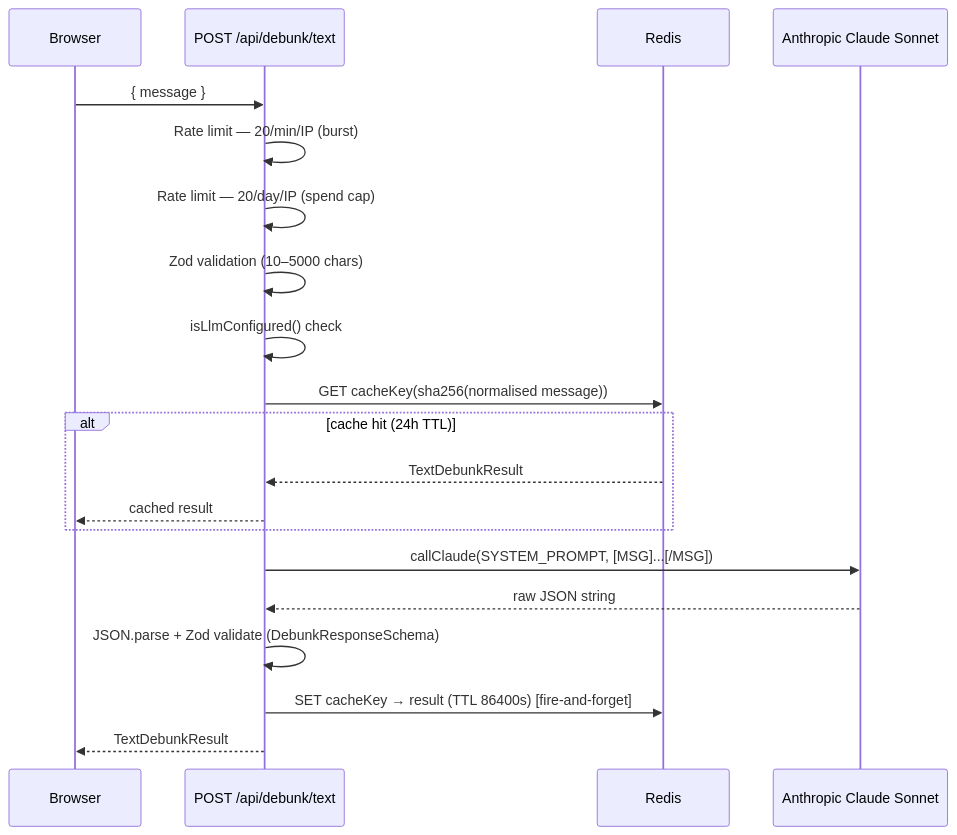
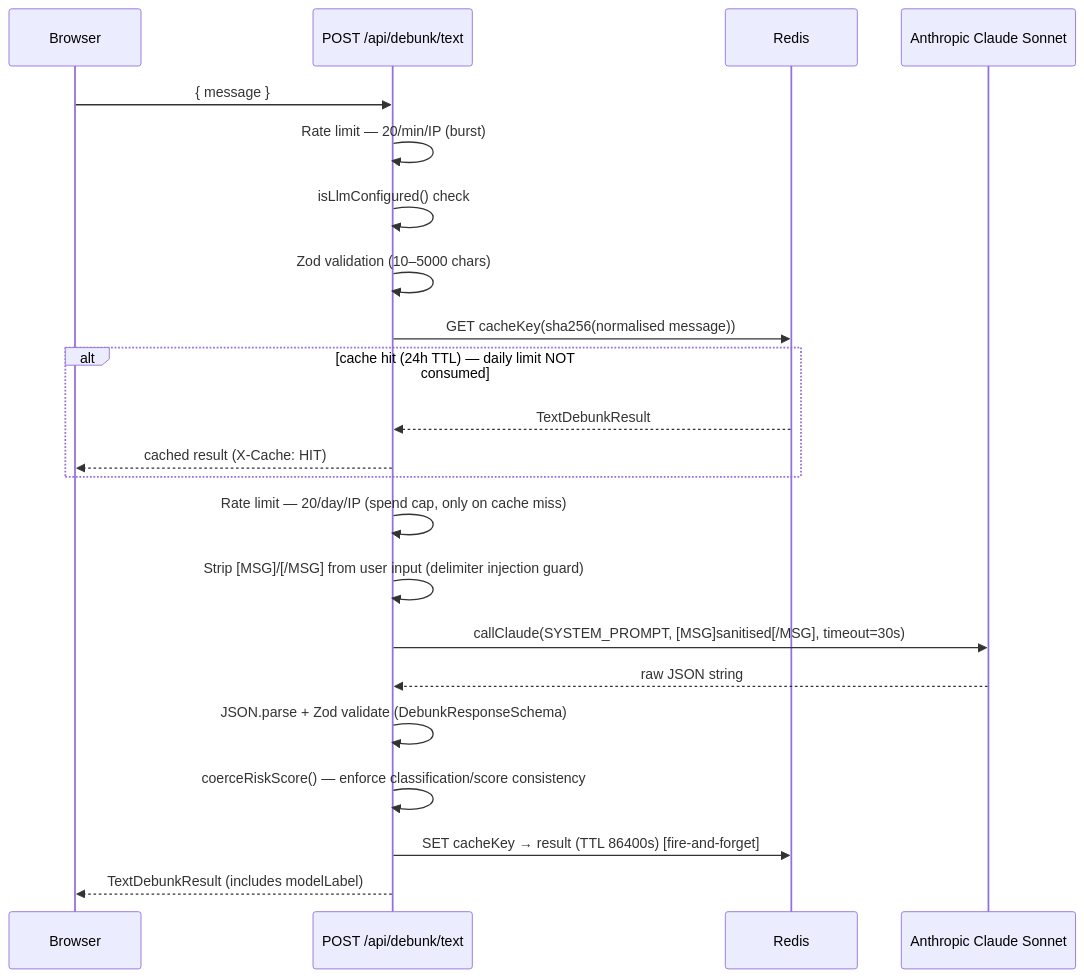
The fourth of 4 diagrams in DEVELOPER_GUIDE.md (msywensky/isthisvalid), drawn with Mermaid before and after one commit. The commit also changed other lines of this file and 2 other files, not shown here.

First line of the commit message:
docs: update README, ARCHITECTURE, and DEVELOPER_GUIDE for text hardening, env vars, and Prettier (#10)

````diff
--- a/DEVELOPER_GUIDE.md
+++ b/DEVELOPER_GUIDE.md
@@ -241,23 +243,25 @@
 ```mermaid
 sequenceDiagram
     participant Browser
     participant Route as POST /api/debunk/text
     participant Redis
     participant Claude as Anthropic Claude Sonnet
 
     Browser->>Route: { message }
     Route->>Route: Rate limit — 20/min/IP (burst)
-    Route->>Route: Rate limit — 20/day/IP (spend cap)
+    Route->>Route: isLlmConfigured() check
     Route->>Route: Zod validation (10–5000 chars)
-    Route->>Route: isLlmConfigured() check
     Route->>Redis: GET cacheKey(sha256(normalised message))
-    alt cache hit (24h TTL)
+    alt cache hit (24h TTL) — daily limit NOT consumed
         Redis-->>Route: TextDebunkResult
-        Route-->>Browser: cached result
+        Route-->>Browser: cached result (X-Cache: HIT)
     end
-    Route->>Claude: callClaude(SYSTEM_PROMPT, [MSG]...[/MSG])
+    Route->>Route: Rate limit — 20/day/IP (spend cap, only on cache miss)
+    Route->>Route: Strip [MSG]/[/MSG] from user input (delimiter injection guard)
+    Route->>Claude: callClaude(SYSTEM_PROMPT, [MSG]sanitised[/MSG], timeout=30s)
     Claude-->>Route: raw JSON string
     Route->>Route: JSON.parse + Zod validate (DebunkResponseSchema)
+    Route->>Route: coerceRiskScore() — enforce classification/score consistency
     Route->>Redis: SET cacheKey → result (TTL 86400s) [fire-and-forget]
-    Route-->>Browser: TextDebunkResult
+    Route-->>Browser: TextDebunkResult (includes modelLabel)
 ```
````
